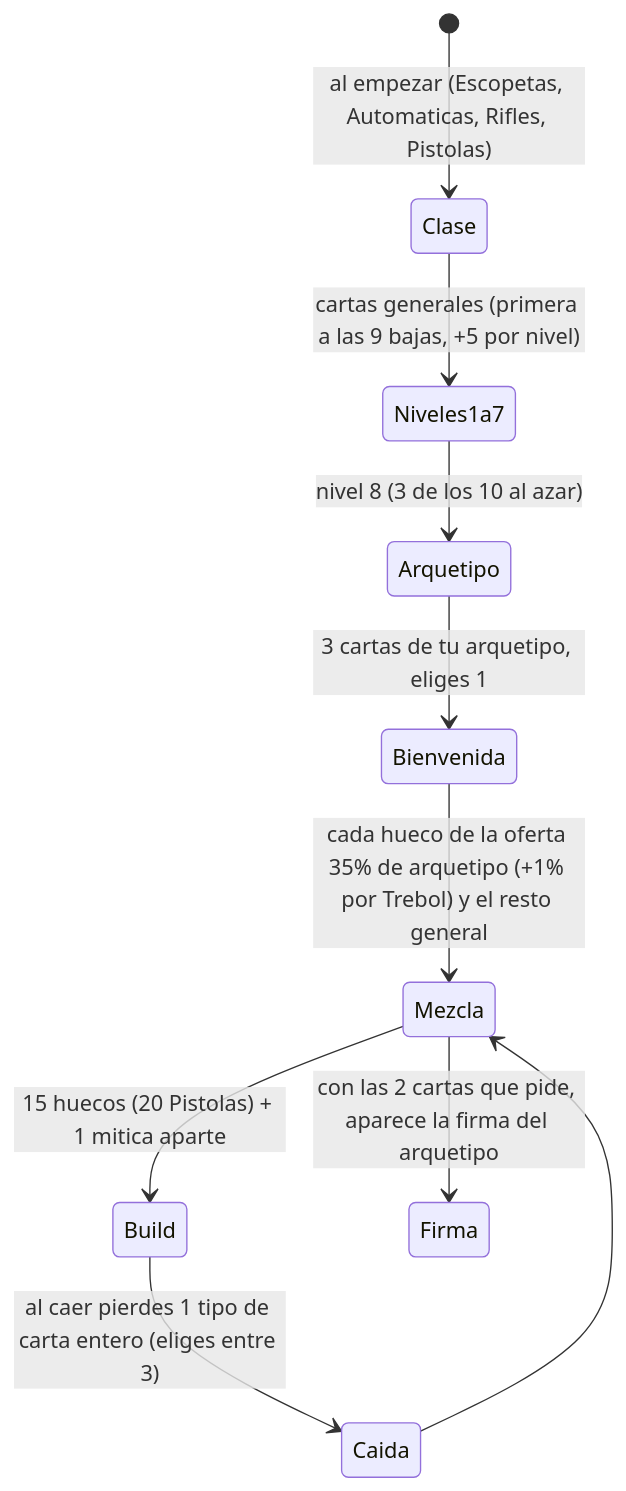
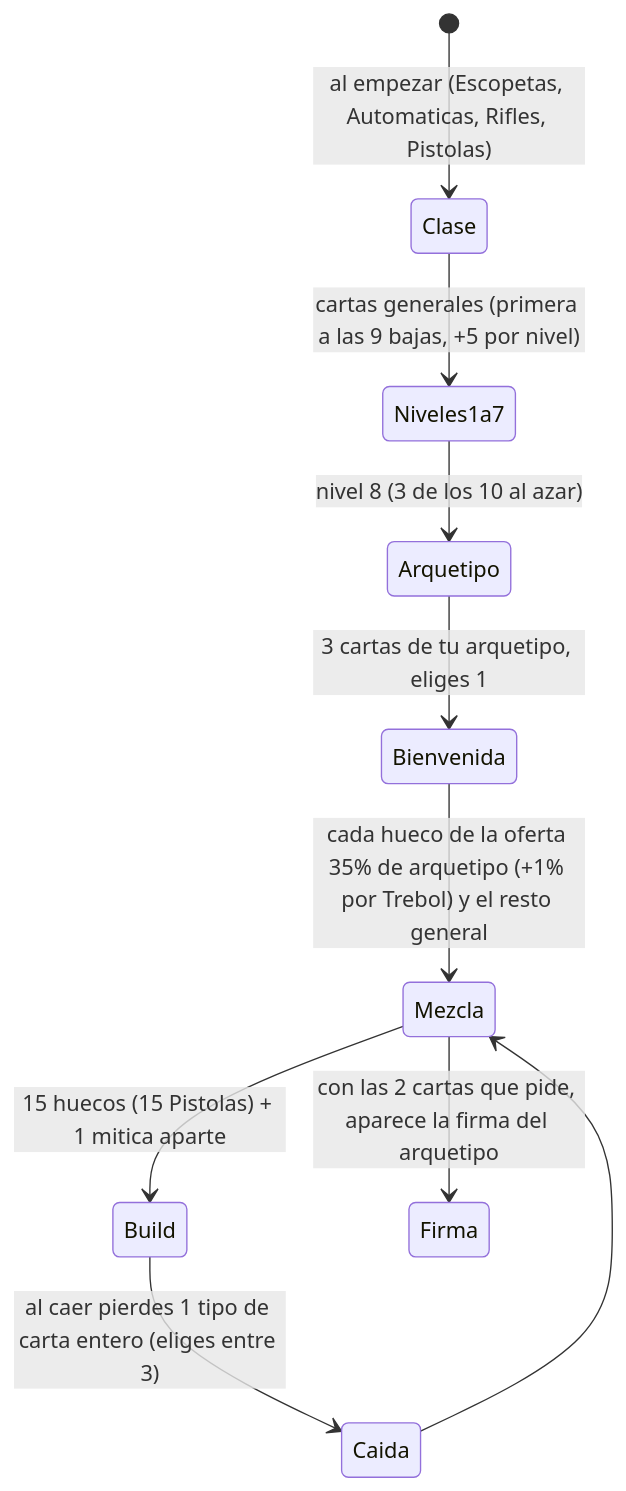
The second of 15 diagrams in ARQUETIPOS.md (emailyasi1/bo2jodas), drawn with Mermaid before and after one commit. The commit also changed other lines of this file and 5 other files, not shown here.

First line of the commit message:
1.10.3: Pistolas 15 huecos y Trebol epico, Mark II al 1 %, botin tope 5 %, caja hasta 999999

````diff
--- a/ARQUETIPOS.md
+++ b/ARQUETIPOS.md
@@ -32,12 +32,12 @@
 ```mermaid
 stateDiagram-v2
     [*] --> Clase: al empezar (Escopetas, Automaticas, Rifles, Pistolas)
     Clase --> Niveles1a7: cartas generales (primera a las 9 bajas, +5 por nivel)
     Niveles1a7 --> Arquetipo: nivel 8 (3 de los 10 al azar)
     Arquetipo --> Bienvenida: 3 cartas de tu arquetipo, eliges 1
     Bienvenida --> Mezcla: cada hueco de la oferta 35% de arquetipo (+1% por Trebol) y el resto general
-    Mezcla --> Build: 15 huecos (20 Pistolas) + 1 mitica aparte
+    Mezcla --> Build: 15 huecos (15 Pistolas) + 1 mitica aparte
     Mezcla --> Firma: con las 2 cartas que pide, aparece la firma del arquetipo
     Build --> Caida: al caer pierdes 1 tipo de carta entero (eliges entre 3)
     Caida --> Mezcla
 ```
````
